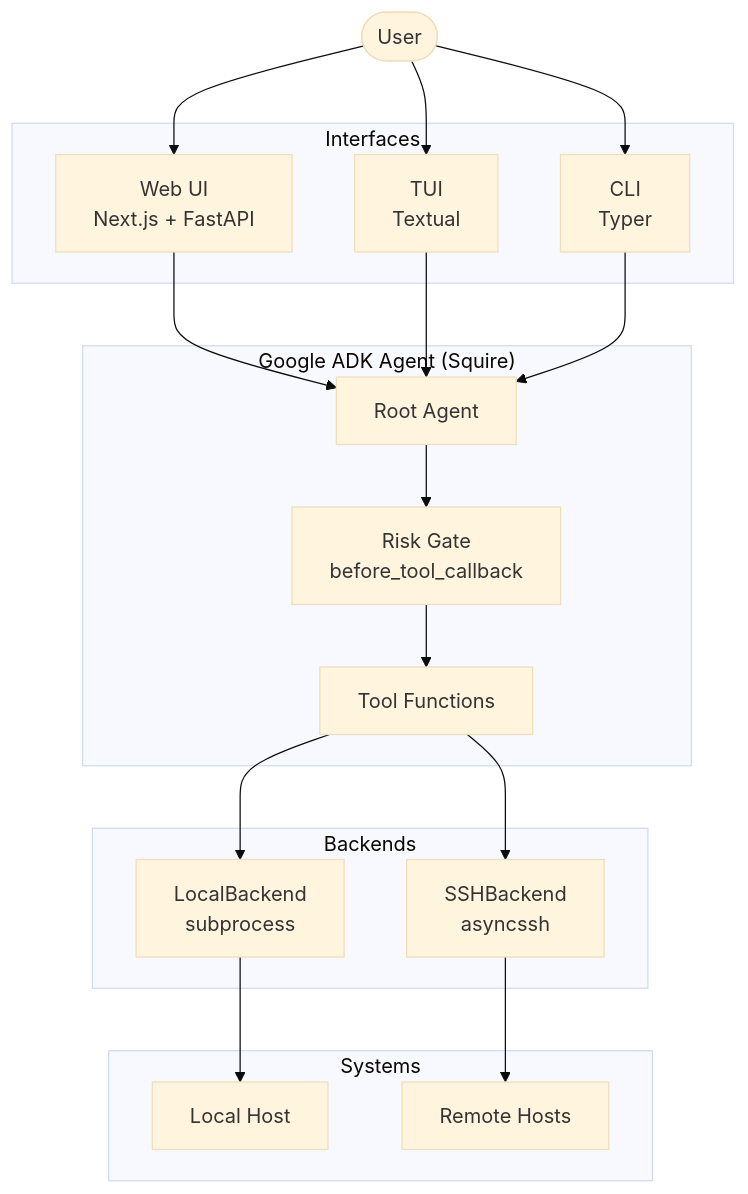
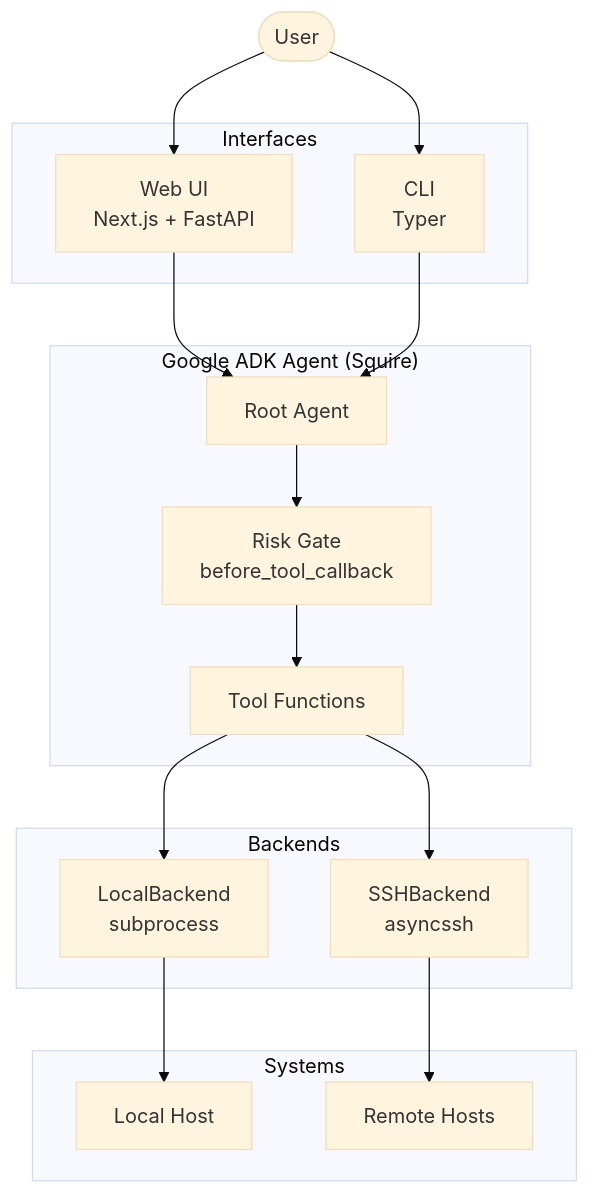
Before and after one commit to willdah/squire: the first of 5 diagrams in docs/architecture.md, drawn with Mermaid (base theme). The commit also changed other lines of this file and 30 other files, not shown here.

First line of the commit message:
chore: remove Textual TUI and squire chat (#72)

````diff
--- a/docs/architecture.md
+++ b/docs/architecture.md
@@ -7,42 +7,39 @@
 ```mermaid
 graph TD
     User([User])
 
     subgraph Interfaces
         WebUI[Web UI<br/>Next.js + FastAPI]
-        TUI[TUI<br/>Textual]
         CLI[CLI<br/>Typer]
     end
 
     subgraph Agent["Google ADK Agent (Squire)"]
         RootAgent[Root Agent]
         RiskGate[Risk Gate<br/>before_tool_callback]
         Tools[Tool Functions]
     end
 
     subgraph Backends
         LocalBackend[LocalBackend<br/>subprocess]
         SSHBackend[SSHBackend<br/>asyncssh]
     end
 
     subgraph Systems
         LocalSystem[Local Host]
         RemoteHosts[Remote Hosts]
     end
 
     User --> WebUI
-    User --> TUI
     User --> CLI
 
     WebUI --> RootAgent
-    TUI --> RootAgent
     CLI --> RootAgent
 
     RootAgent --> RiskGate
     RiskGate --> Tools
     Tools --> LocalBackend
     Tools --> SSHBackend
 
     LocalBackend --> LocalSystem
     SSHBackend --> RemoteHosts
 ```
````
